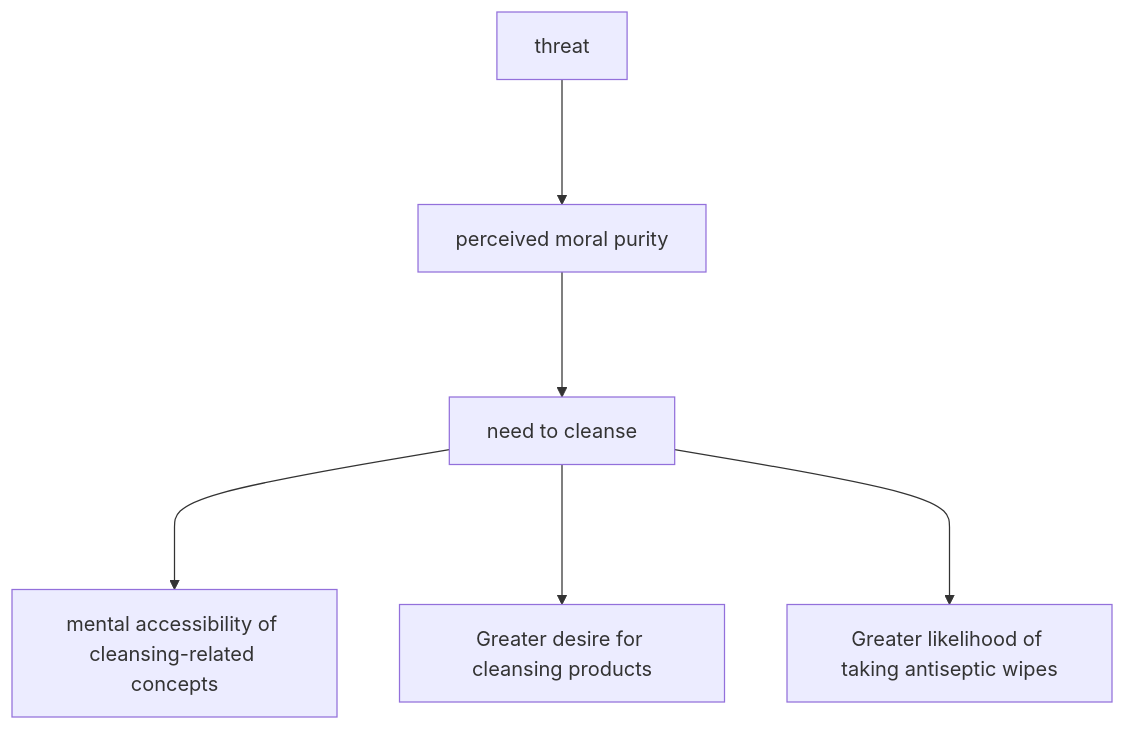
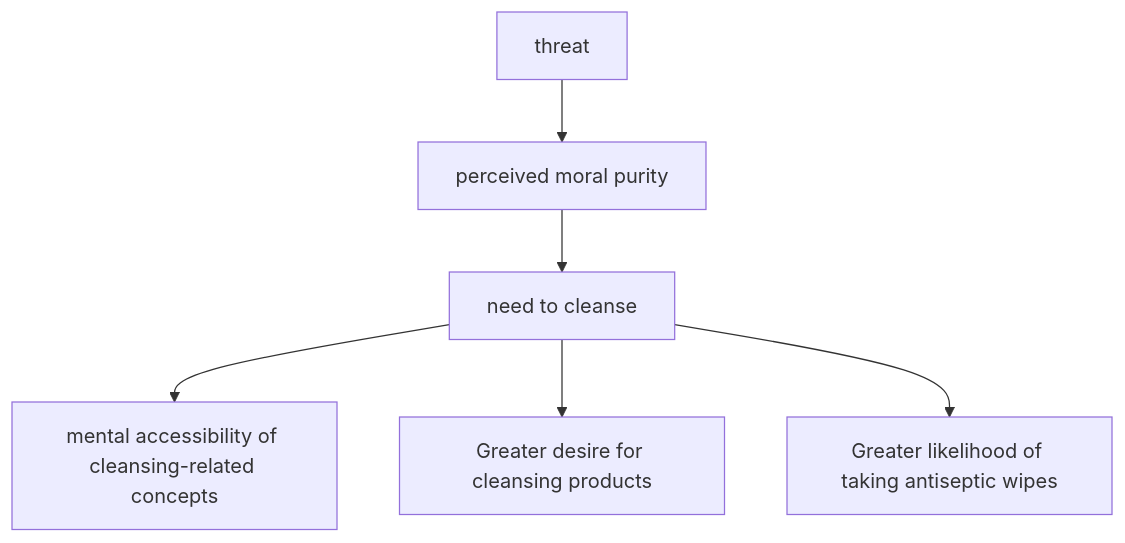
Before and after one commit to psu-psychology/psych-490-reproducibility-2024-fall: the first of 4 diagrams in src/notes/wk04-2024-09-18-replication-lady-macbeth.qmd, drawn with Mermaid. The commit also changed other lines of this file and 2 other files, not shown here.

Commit message:
Minor mods to mermaid figures in 2024-09-18 notes.

````diff
--- a/src/notes/wk04-2024-09-18-replication-lady-macbeth.qmd
+++ b/src/notes/wk04-2024-09-18-replication-lady-macbeth.qmd
@@ -73,8 +73,10 @@
 ```{mermaid}
+%%| label: fig-zhong-2006-study-1
+%%| fig-cap: "Concept diagram of @Zhong2006-nf"
 flowchart TD    
-  A[threat] ---> B[perceived moral purity]
-  B ---> E[need to cleanse]
-  E ---> C[mental accessibility of cleansing-related concepts]
-  E ---> D[Greater desire for cleansing products]
-  E ---> F[Greater likelihood of taking antiseptic wipes]
+  A[threat] --> B[perceived moral purity]
+  B --> E[need to cleanse]
+  E --> C[mental accessibility of cleansing-related concepts]
+  E --> D[Greater desire for cleansing products]
+  E --> F[Greater likelihood of taking antiseptic wipes]
 ```
````
